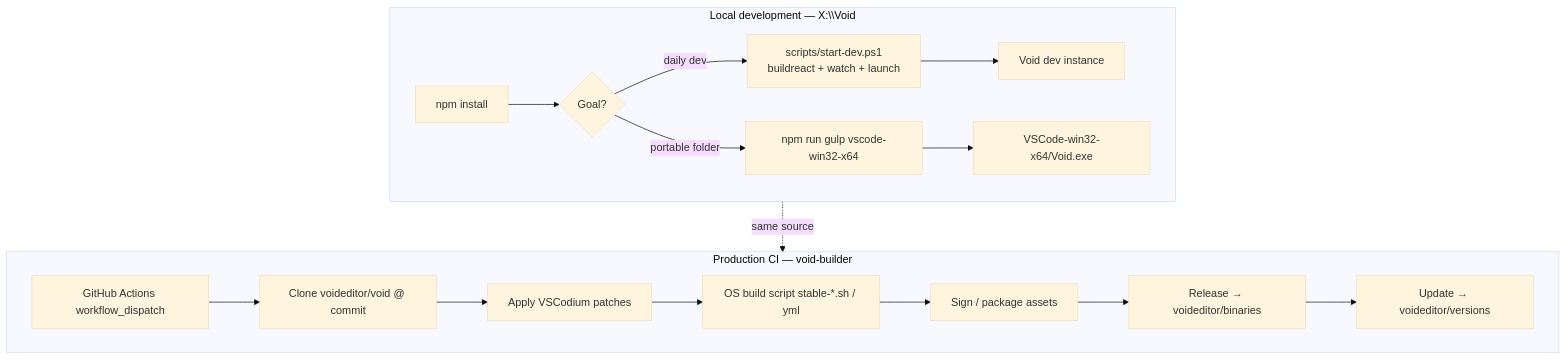
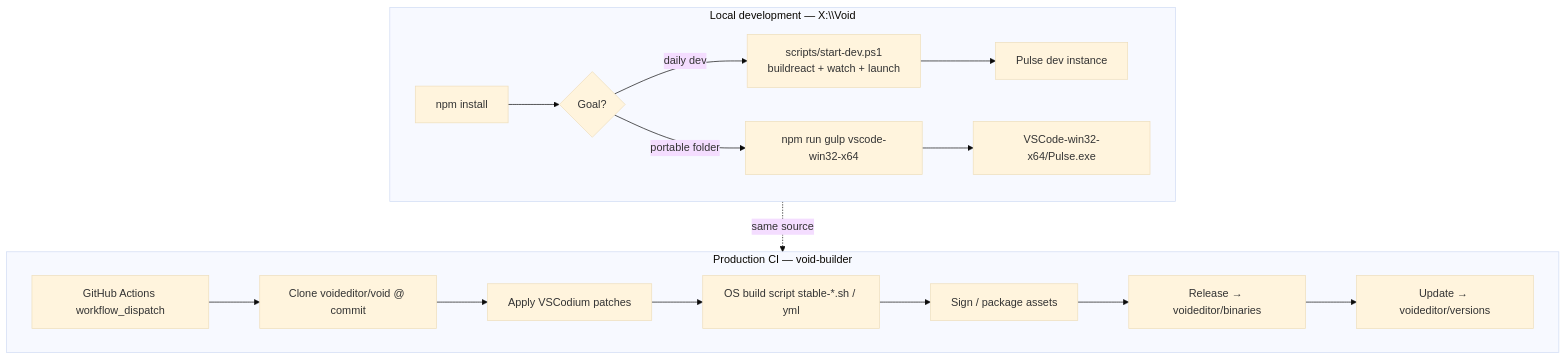
One commit to agnisadhak01/void changed the third of 6 diagrams in docs/ECOSYSTEM.md. Above: the diagram before and after it, drawn with Mermaid (base theme). The commit also changed other lines of this file and 21 other files, not shown here.

Commit message:
Refactor project branding from "Void" to "Pulse" across product.json, documentation, and scripts. Update .gitignore to track cursor patches and mods. Enhance HOW_TO_CONTRIBUTE and BUILD documentation with new development workflows and instructions for Cursor feature integration.

````diff
--- a/docs/ECOSYSTEM.md
+++ b/docs/ECOSYSTEM.md
@@ -95,29 +106,29 @@
 ```mermaid
 flowchart TB
   subgraph local["Local development — X:\\Void"]
     L1[npm install]
     L4{Goal?}
     L0["scripts/start-dev.ps1<br/>buildreact + watch + launch"]
-    L5[Void dev instance]
+    L5[Pulse dev instance]
     L6[npm run gulp vscode-win32-x64]
-    L7[VSCode-win32-x64/Void.exe]
+    L7[VSCode-win32-x64/Pulse.exe]
 
     L1 --> L4
     L4 -->|daily dev| L0 --> L5
     L4 -->|portable folder| L6 --> L7
   end
 
   subgraph ci["Production CI — void-builder"]
     C1[GitHub Actions workflow_dispatch]
     C2[Clone voideditor/void @ commit]
     C3[Apply VSCodium patches]
     C4[OS build script stable-*.sh / yml]
     C5[Sign / package assets]
     C6[Release → voideditor/binaries]
     C7[Update → voideditor/versions]
 
     C1 --> C2 --> C3 --> C4 --> C5 --> C6 --> C7
   end
 
   local -.->|same source| ci
 ```
````
